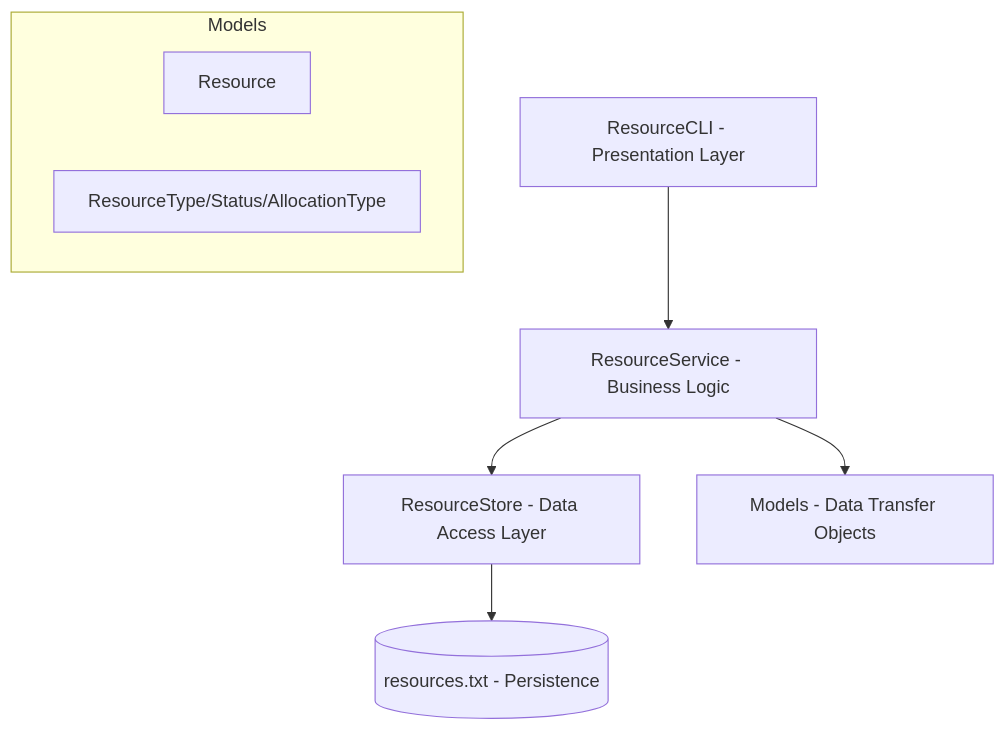
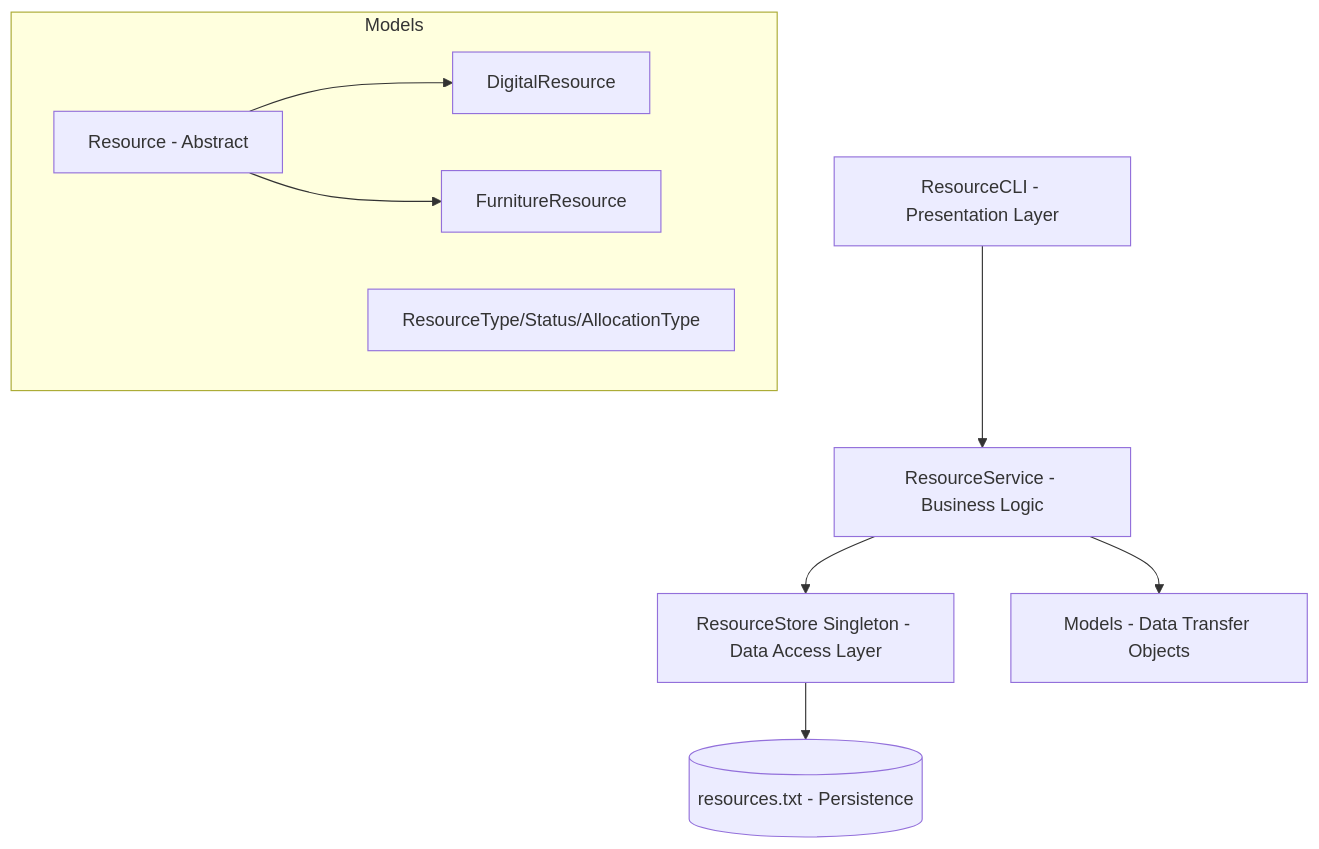
The diagram in README.md (AyushCODE1757/Resource-Management-CLI), drawn with Mermaid before and after one commit. The commit also changed other lines of this file, not shown here.

````diff
--- a/README.md
+++ b/README.md
@@ -27,12 +28,14 @@
 ```mermaid
 graph TD
     A[ResourceCLI - Presentation Layer] --> B[ResourceService - Business Logic]
-    B --> C[ResourceStore - Data Access Layer]
+    B --> C[ResourceStore Singleton - Data Access Layer]
     B --> D[Models - Data Transfer Objects]
     C --> E[(resources.txt - Persistence)]
     
     subgraph Models
-        D1[Resource]
+        D1[Resource - Abstract]
+        D1 --> D3[DigitalResource]
+        D1 --> D4[FurnitureResource]
         D2[ResourceType/Status/AllocationType]
     end
 ```
````
